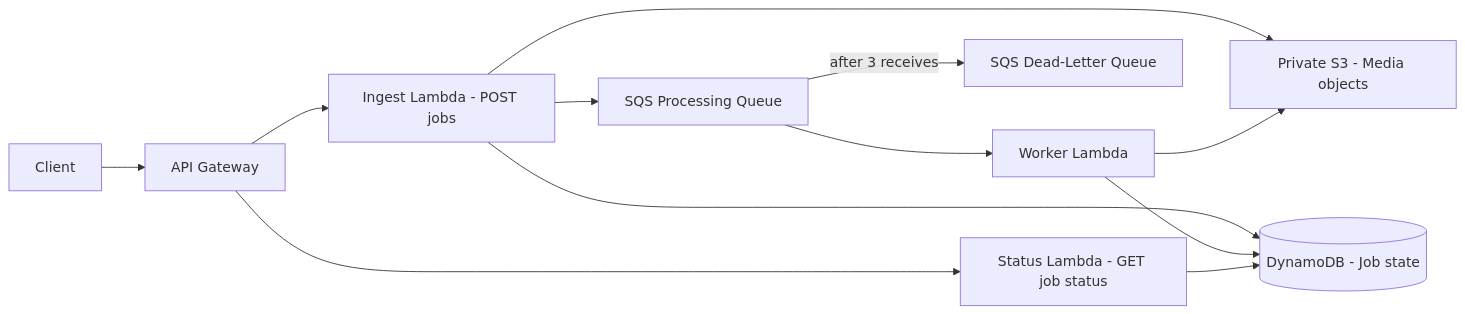
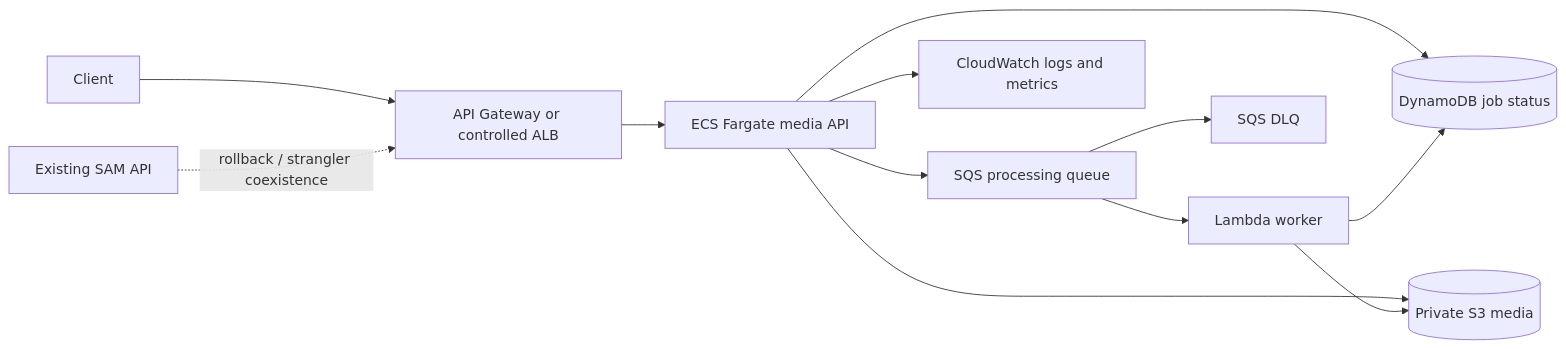
Before and after one commit to Himanshu90909/aws-event-media-platform: the diagram in README.md, drawn with Mermaid. The commit also changed other lines of this file and 21 other files, not shown here.

````diff
--- a/README.md
+++ b/README.md
@@ -14,14 +20,14 @@
 ```mermaid
 flowchart LR
-  C[Client] --> API[API Gateway]
-  API --> I[Ingest Lambda - POST jobs]
-  I --> D[(DynamoDB - Job state)]
-  I --> S[Private S3 - Media objects]
-  I --> Q[SQS Processing Queue]
-  Q --> W[Worker Lambda]
+  C[Client] --> API[API Gateway or controlled ALB]
+  API --> ECS[ECS Fargate media API]
+  ECS --> Q[SQS processing queue]
+  Q --> W[Lambda worker]
+  ECS --> D[(DynamoDB job status)]
+  ECS --> S[(Private S3 media)]
   W --> D
   W --> S
-  Q -->|after 3 receives| DLQ[SQS Dead-Letter Queue]
-  API --> ST[Status Lambda - GET job status]
-  ST --> D
+  Q --> DLQ[SQS DLQ]
+  ECS --> CW[CloudWatch logs and metrics]
+  SAM[Existing SAM API] -. rollback / strangler coexistence .-> API
 ```
````
